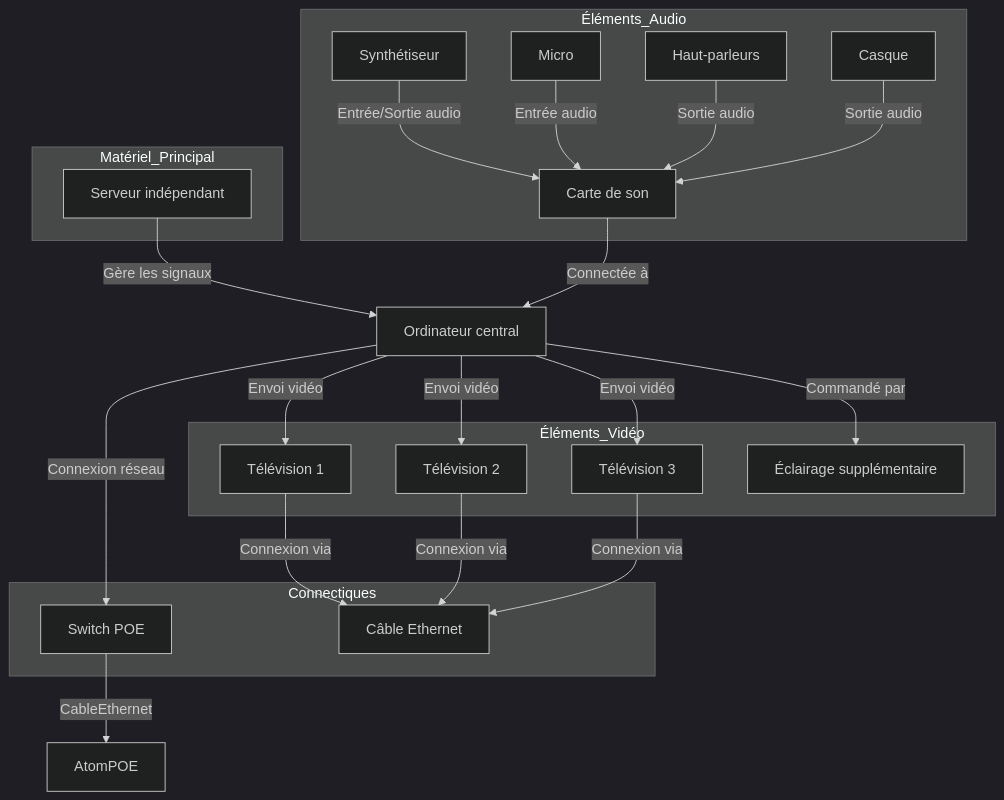
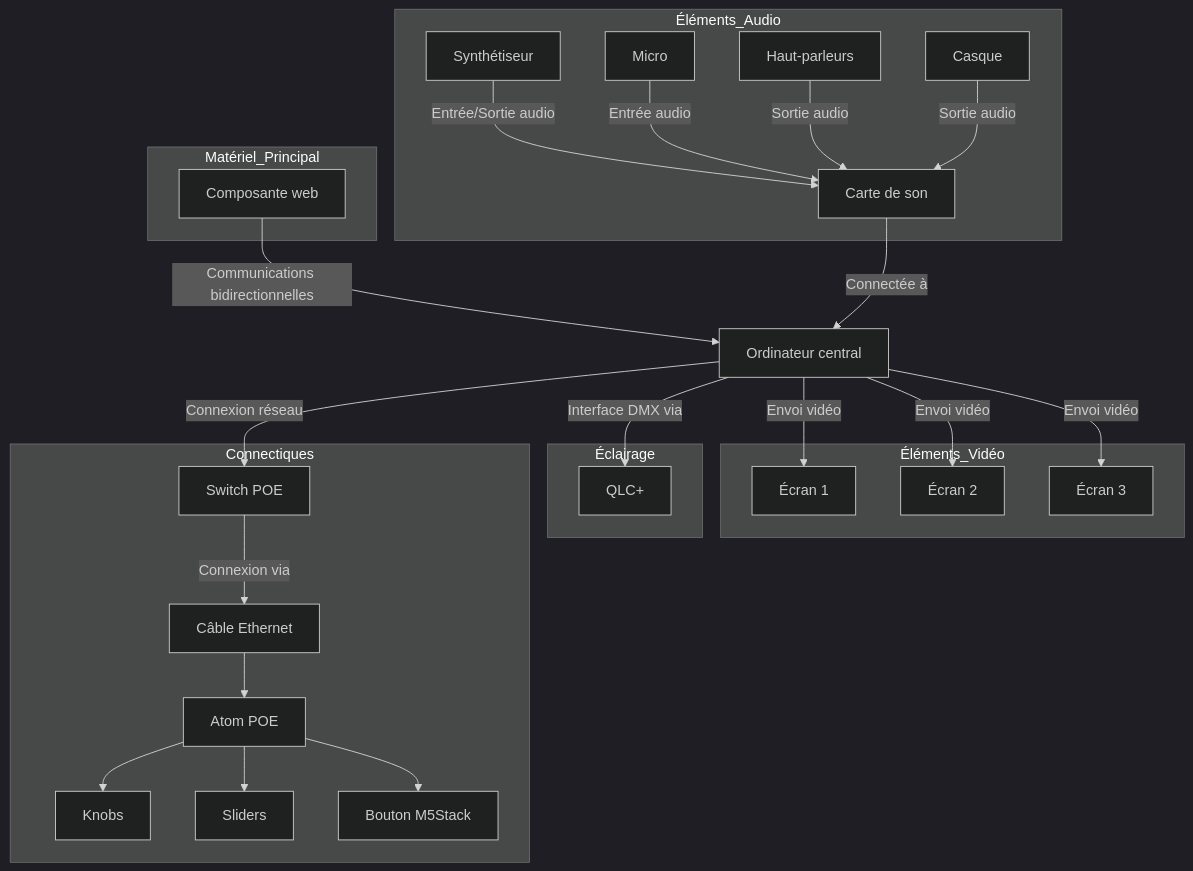
Before and after one commit to Escapism-Fuga/Fuga: the first of 2 diagrams in Technique/README.md, drawn with Mermaid (dark theme). The commit also changed other lines of this file, not shown here.

`````diff
--- a/Technique/README.md
+++ b/Technique/README.md
@@ -15,41 +15,62 @@
 ````mermaid
 graph TD
     Ordinateur["Ordinateur central"]
+    
     subgraph Matériel_Principal
-        Serveur["Serveur indépendant"]
+        Serveur["Composante web"]
     end
+    
     subgraph Éléments_Audio
         Synthé["Synthétiseur"]
         Micro["Micro"]
         HP["Haut-parleurs"]
         Casque["Casque"]
         CarteSon["Carte de son"]
     end
+    
     subgraph Éléments_Vidéo
-        TV1["Télévision 1"]
-        TV2["Télévision 2"]
-        TV3["Télévision 3"]
-        Lumières["Éclairage supplémentaire"]
+        TV1["Écran 1"]
+        TV2["Écran 2"]
+        TV3["Écran 3"]
     end
+    
+    subgraph Éclairage
+        QLC["QLC+"]
+    end
+    
     subgraph Connectiques
         SwitchPOE["Switch POE"]
         CableEthernet["Câble Ethernet"]
+        AtomPOE["Atom POE"]
+        Knobs["Knobs"]
+        Sliders["Sliders"]
+        BoutonM5Stack["Bouton M5Stack"]
     end
+    
     %% Connexions
-    Serveur --> |Gère les signaux| Ordinateur
+    Serveur --> |Communications bidirectionnelles| Ordinateur
+
     %% Connexions Audio
     CarteSon --> |Connectée à| Ordinateur
     Synthé --> |Entrée/Sortie audio| CarteSon
     Micro --> |Entrée audio| CarteSon
     HP --> |Sortie audio| CarteSon
     Casque --> |Sortie audio| CarteSon
+
     %% Connexions Vidéo
     Ordinateur --> |Envoi vidéo| TV1 & TV2 & TV3
-    Ordinateur --> |Commandé par| Lumières
-    TV1 --> |Connexion via| CableEthernet
-    TV2 --> |Connexion via| CableEthernet
-    TV3 --> |Connexion via| CableEthernet
+    Ordinateur --> |Interface DMX via| QLC
+    
+
+    
+
     %% Réseau
     Ordinateur --> |Connexion réseau| SwitchPOE
-    SwitchPOE --> |CableEthernet| AtomPOE
+    SwitchPOE --> |Connexion via| CableEthernet --> AtomPOE
+
+    %% Contrôles via AtomPOE
+    AtomPOE --> Knobs
+    AtomPOE --> Sliders
+    AtomPOE --> BoutonM5Stack
+
 ````
`````
